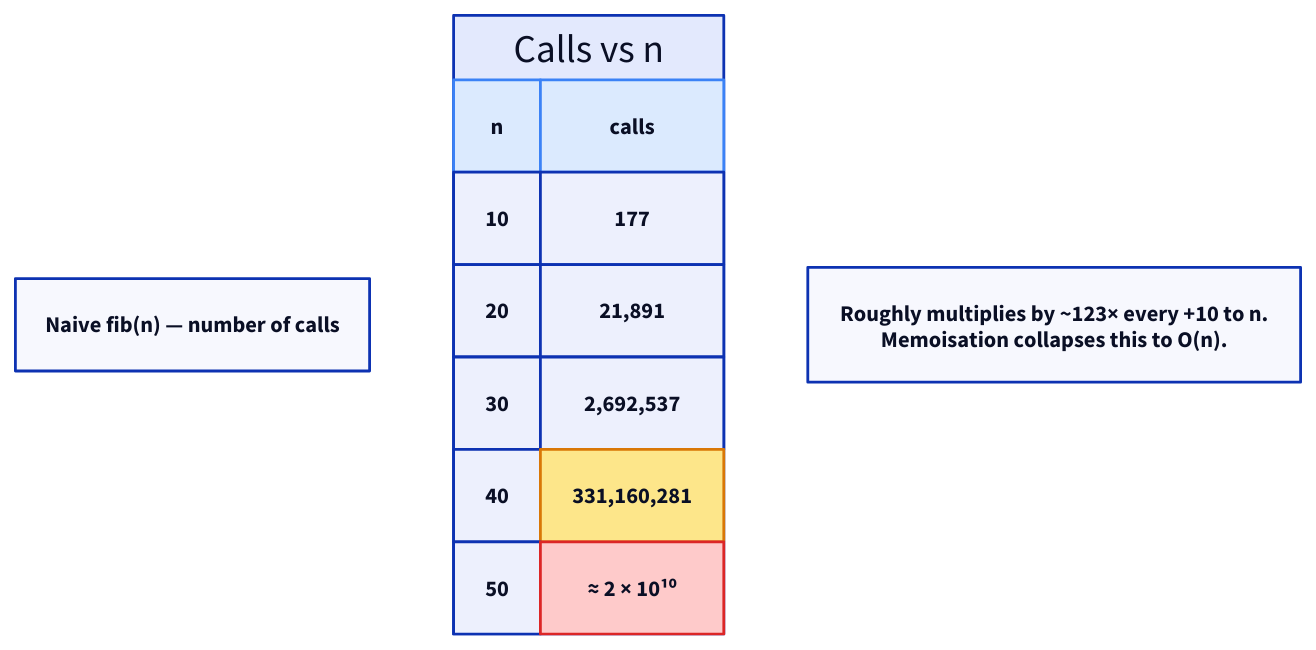
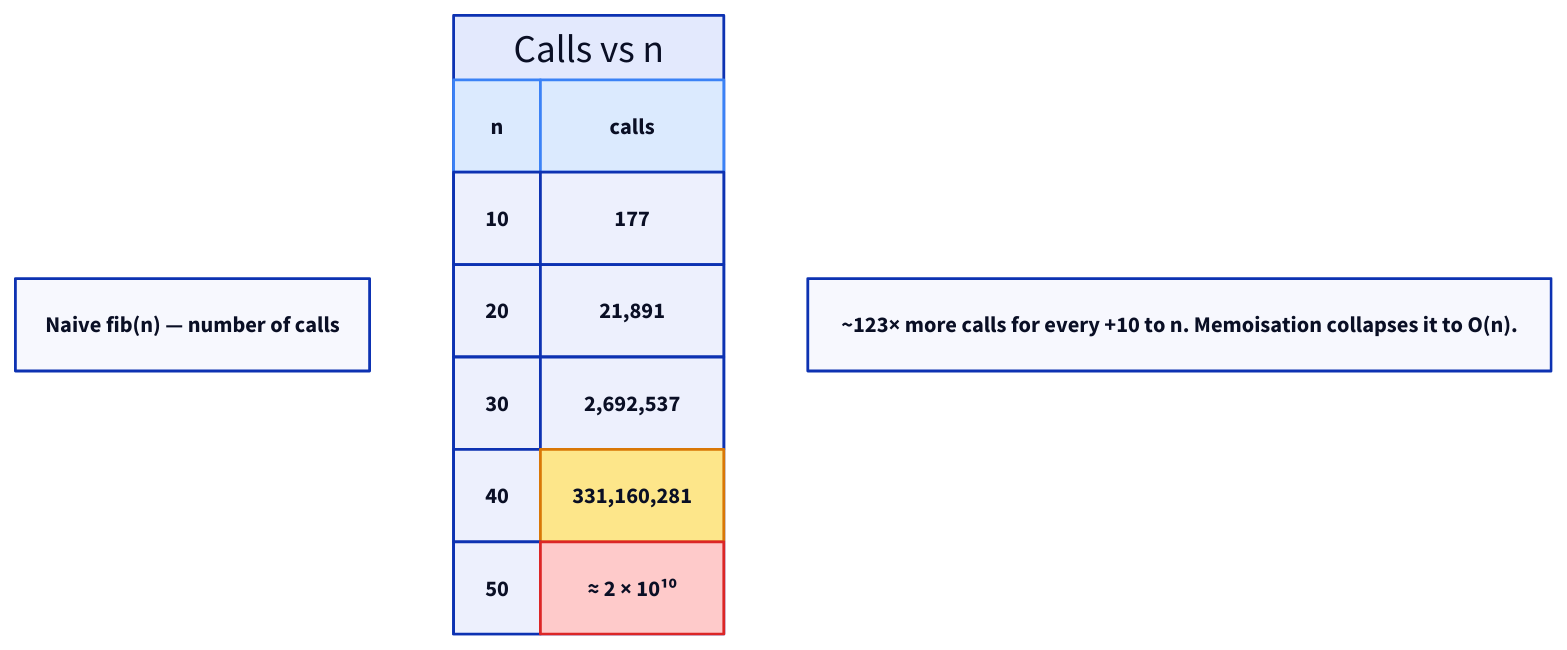
Before and after one commit to ani2fun/codefolio: the second of 2 diagrams in content/cortex/data-structures-and-algorithms/05-algorithms-by-strategy/01-recursion/07-pattern-multiple-recursion/01-pattern.md, drawn with D2. The commit also changed other lines of this file and 1049 other files, not shown here.

````diff
--- a/content/cortex/data-structures-and-algorithms/05-algorithms-by-strategy/01-recursion/07-pattern-multiple-recursion/01-pattern.md
+++ b/content/cortex/data-structures-and-algorithms/05-algorithms-by-strategy/01-recursion/07-pattern-multiple-recursion/01-pattern.md
@@ -109,20 +81,20 @@
 ```d2
 direction: down
 
 n: "Naive fib(n) — number of calls"
 
 table: "Calls vs n" {
   grid-rows: 6
   grid-columns: 2
   grid-gap: 0
-  h1: "n"           {style.fill: "#dbeafe"; style.stroke: "#3b82f6"}
-  h2: "calls"       {style.fill: "#dbeafe"; style.stroke: "#3b82f6"}
-  r1: "10"          ; v1: "177"
-  r2: "20"          ; v2: "21,891"
-  r3: "30"          ; v3: "2,692,537"
-  r4: "40"          ; v4: "331,160,281" {style.fill: "#fde68a"; style.stroke: "#d97706"}
-  r5: "50"          ; v5: "≈ 2 × 10¹⁰" {style.fill: "#fecaca"; style.stroke: "#dc2626"}
+  h1: "n"     {style.fill: "#dbeafe"; style.stroke: "#3b82f6"}
+  h2: "calls" {style.fill: "#dbeafe"; style.stroke: "#3b82f6"}
+  r1: "10" ; v1: "177"
+  r2: "20" ; v2: "21,891"
+  r3: "30" ; v3: "2,692,537"
+  r4: "40" ; v4: "331,160,281" {style.fill: "#fde68a"; style.stroke: "#d97706"}
+  r5: "50" ; v5: "≈ 2 × 10¹⁰" {style.fill: "#fecaca"; style.stroke: "#dc2626"}
 }
 
-note: "Roughly multiplies by ~123× every +10 to n.\nMemoisation collapses this to O(n)."
+note: "~123× more calls for every +10 to n. Memoisation collapses it to O(n)."
 ```
````
